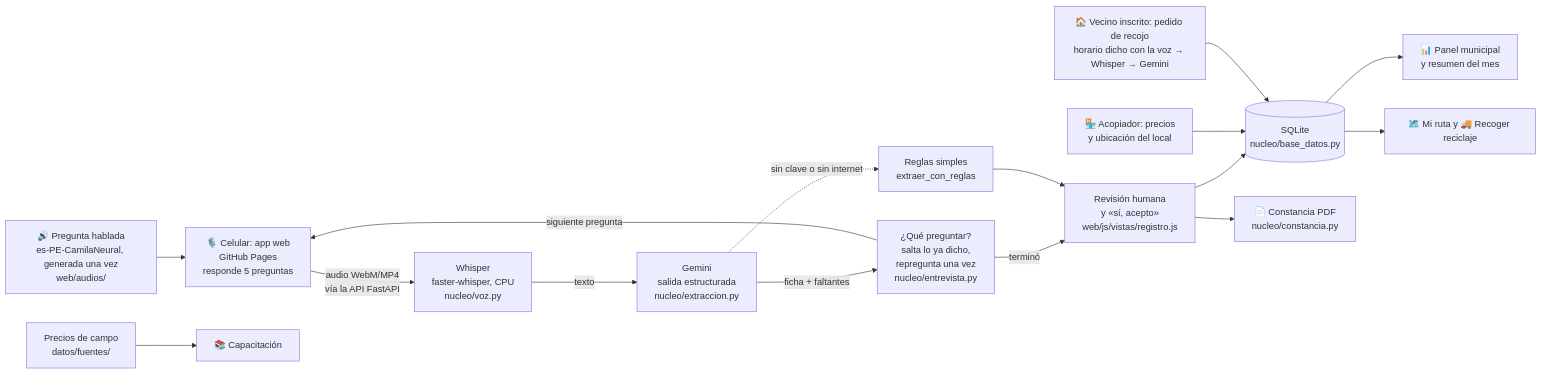
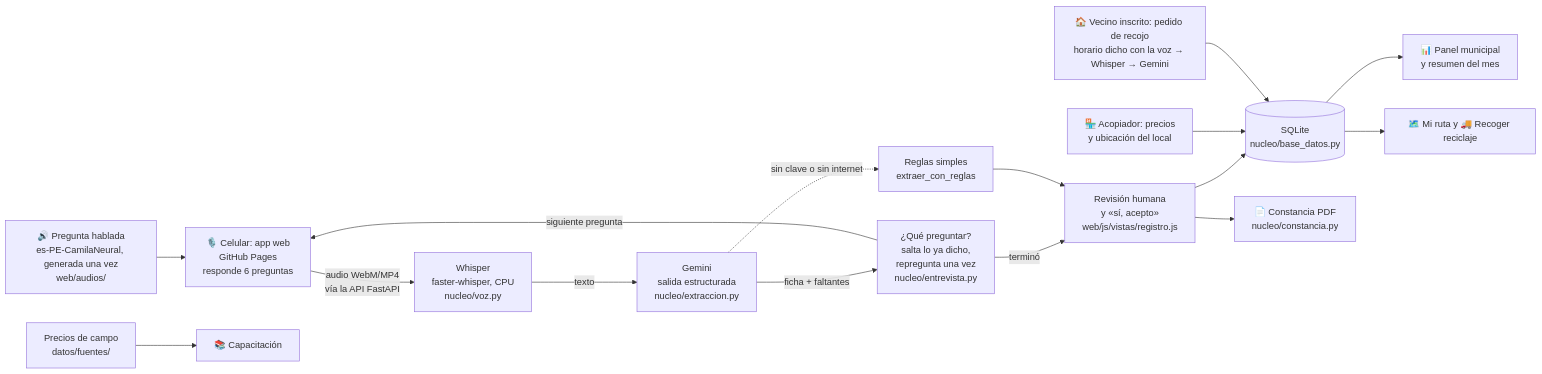
The diagram in README.md (grey-d18/proyecto_final), drawn with Mermaid before and after one commit. The commit also changed other lines of this file and 14 other files, not shown here.

````diff
--- a/README.md
+++ b/README.md
@@ -125,18 +127,18 @@
 ```mermaid
 flowchart LR
     Q[🔊 Pregunta hablada<br>es-PE-CamilaNeural, generada una vez<br>web/audios/] --> A
-    A[🎙️ Celular: app web<br>GitHub Pages<br>responde 5 preguntas] -->|audio WebM/MP4<br>vía la API FastAPI| B[Whisper<br>faster-whisper, CPU<br>nucleo/voz.py]
+    A[🎙️ Celular: app web<br>GitHub Pages<br>responde 6 preguntas] -->|audio WebM/MP4<br>vía la API FastAPI| B[Whisper<br>faster-whisper, CPU<br>nucleo/voz.py]
     B -->|texto| C[Gemini<br>salida estructurada<br>nucleo/extraccion.py]
     C -->|ficha + faltantes| N[¿Qué preguntar?<br>salta lo ya dicho,<br>repregunta una vez<br>nucleo/entrevista.py]
     N -->|siguiente pregunta| A
     N -->|terminó| D[Revisión humana<br>y «sí, acepto»<br>web/js/vistas/registro.js]
     D --> E[(SQLite<br>nucleo/base_datos.py)]
     D --> F[📄 Constancia PDF<br>nucleo/constancia.py]
     E --> G[📊 Panel municipal<br>y resumen del mes]
     H[Precios de campo<br>datos/fuentes/] --> I[📚 Capacitación]
     K[🏪 Acopiador: precios<br>y ubicación del local] --> E
     L[🏠 Vecino inscrito: pedido de recojo<br>horario dicho con la voz → Whisper → Gemini] --> E
     E --> M[🗺️ Mi ruta y 🚚 Recoger reciclaje]
     C -.sin clave o sin internet.-> J[Reglas simples<br>extraer_con_reglas]
     J --> D
 ```
````
